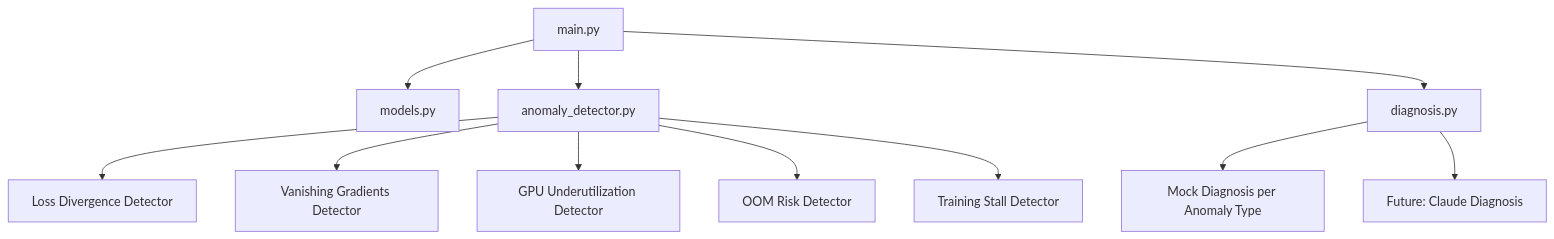
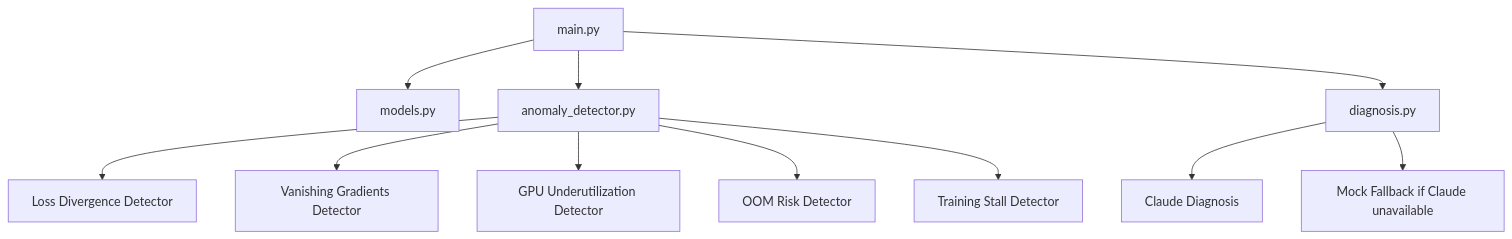
One commit to agarwalpragya/trainlens-ai changed the second of 3 diagrams in docs/ARCHITECTURE.md. Above: the diagram before and after it, drawn with Mermaid. The commit also changed other lines of this file and 8 other files, not shown here.

Commit message:
Add Claude-powered diagnosis with fallback

````diff
--- a/docs/ARCHITECTURE.md
+++ b/docs/ARCHITECTURE.md
@@ -30,13 +30,13 @@
 ```mermaid
 flowchart TD
     A[main.py] --> B[models.py]
     A --> C[anomaly_detector.py]
     A --> D[diagnosis.py]
     C --> E[Loss Divergence Detector]
     C --> F[Vanishing Gradients Detector]
     C --> G[GPU Underutilization Detector]
     C --> H[OOM Risk Detector]
     C --> I[Training Stall Detector]
-    D --> J[Mock Diagnosis per Anomaly Type]
-    D --> K[Future: Claude Diagnosis]
+    D --> J[Claude Diagnosis]
+    D --> K[Mock Fallback if Claude unavailable]
 ```
````
